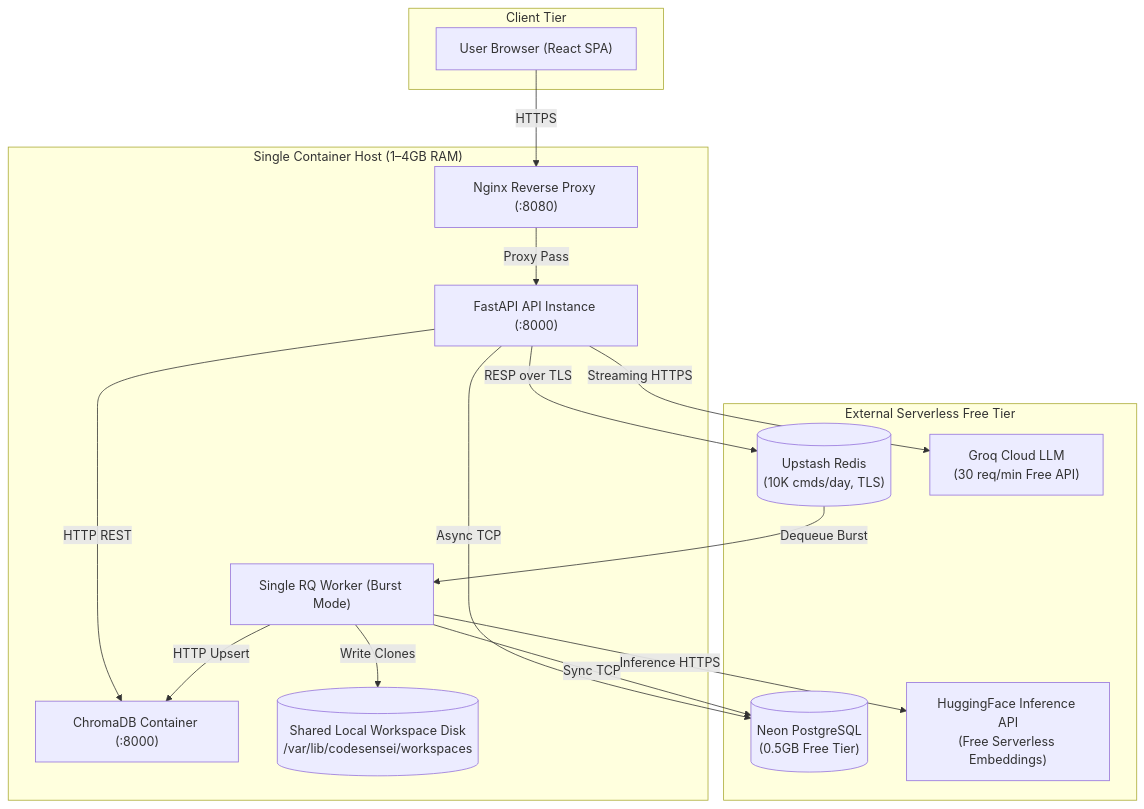
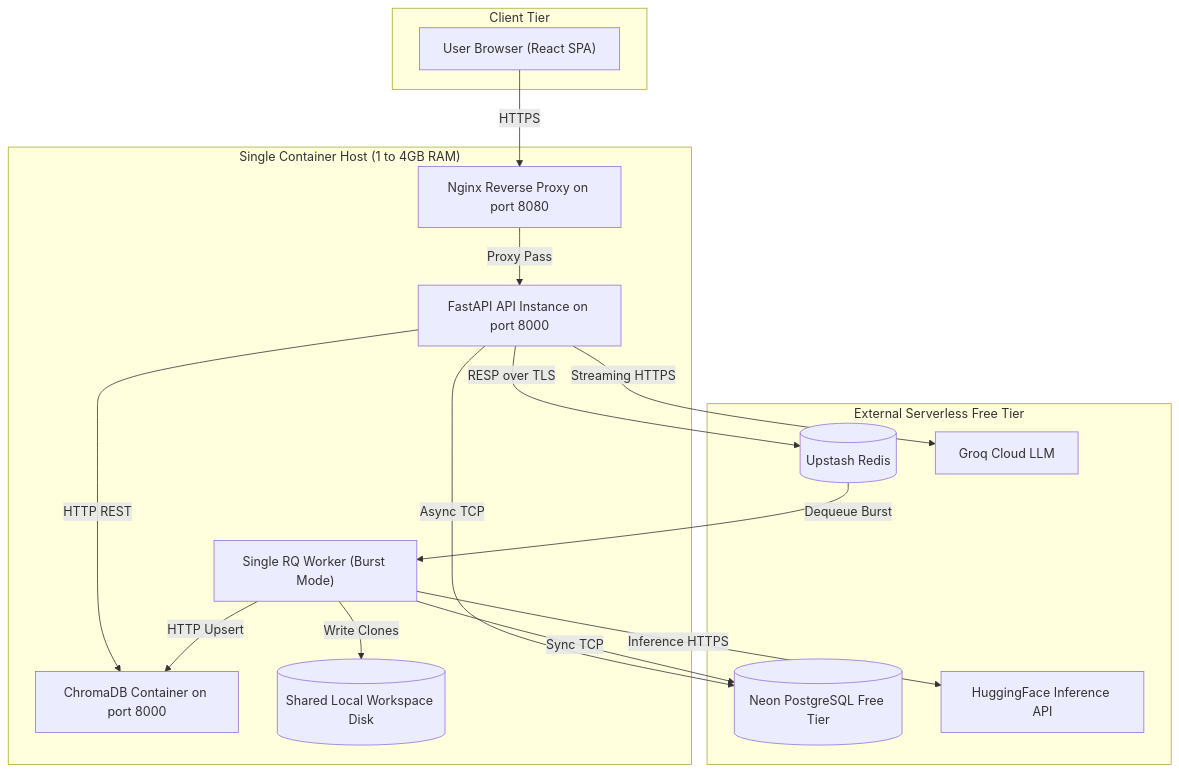
Before and after one commit to nikhil-87/CodeSensei: the first of 4 diagrams in vault/15-scaling-architecture.md, drawn with Mermaid. The commit also changed other lines of this file and 25 other files, not shown here.

Commit message:
docs: initialize comprehensive technical documentation, architecture diagrams, and verification guides in vault and docs directories

````diff
--- a/vault/15-scaling-architecture.md
+++ b/vault/15-scaling-architecture.md
@@ -51,34 +51,34 @@
 ```mermaid
 flowchart TB
     subgraph Client ["Client Tier"]
         Browser["User Browser (React SPA)"]
     end
 
-    subgraph SingleNode ["Single Container Host (1–4GB RAM)"]
-        Nginx["Nginx Reverse Proxy (:8080)"]
-        API["FastAPI API Instance (:8000)"]
+    subgraph SingleNode ["Single Container Host (1 to 4GB RAM)"]
+        Nginx["Nginx Reverse Proxy on port 8080"]
+        API["FastAPI API Instance on port 8000"]
         Worker["Single RQ Worker (Burst Mode)"]
-        Chroma["ChromaDB Container (:8000)"]
-        FS[("Shared Local Workspace Disk<br/>/var/lib/codesensei/workspaces")]
+        Chroma["ChromaDB Container on port 8000"]
+        FS[("Shared Local Workspace Disk")]
     end
 
     subgraph FreeTierCloud ["External Serverless Free Tier"]
-        Neon[("Neon PostgreSQL<br/>(0.5GB Free Tier)")]
-        Upstash[("Upstash Redis<br/>(10K cmds/day, TLS)")]
-        Groq["Groq Cloud LLM<br/>(30 req/min Free API)"]
-        HF["HuggingFace Inference API<br/>(Free Serverless Embeddings)"]
+        Neon[("Neon PostgreSQL Free Tier")]
+        Upstash[("Upstash Redis")]
+        Groq["Groq Cloud LLM"]
+        HF["HuggingFace Inference API"]
     end
 
     Browser -->|HTTPS| Nginx
     Nginx -->|Proxy Pass| API
     API -->|Async TCP| Neon
     API -->|RESP over TLS| Upstash
     API -->|HTTP REST| Chroma
     API -->|Streaming HTTPS| Groq
 
     Upstash -->|Dequeue Burst| Worker
     Worker -->|Sync TCP| Neon
     Worker -->|Write Clones| FS
     Worker -->|HTTP Upsert| Chroma
     Worker -->|Inference HTTPS| HF
 ```
````
